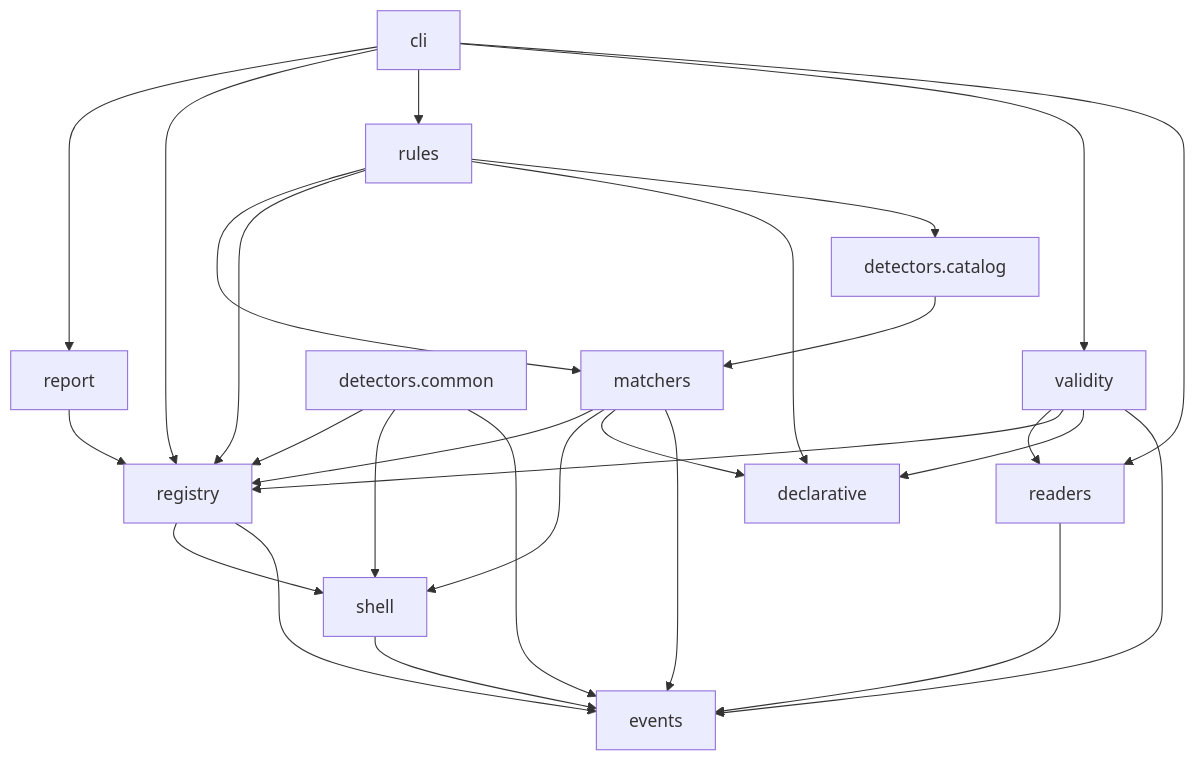
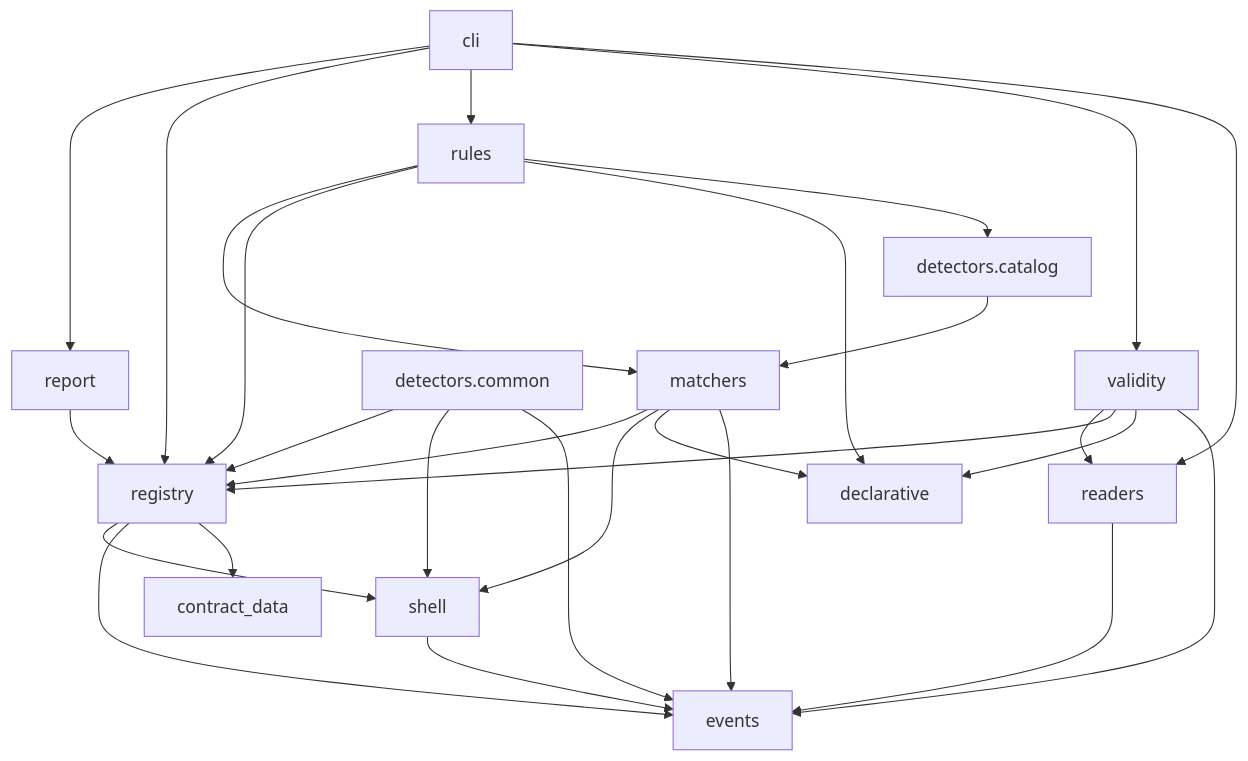
Before and after one commit to JakeSelby/ruleprobe: the second of 3 diagrams in _bmad-output/planning-artifacts/architecture-spines/architecture-ruleprobe-2026-09-23/ARCHITECTURE-SPINE.md, drawn with Mermaid. The commit also changed other lines of this file and 9 other files, not shown here.

````diff
--- a/_bmad-output/planning-artifacts/architecture-spines/architecture-ruleprobe-2026-09-23/ARCHITECTURE-SPINE.md
+++ b/_bmad-output/planning-artifacts/architecture-spines/architecture-ruleprobe-2026-09-23/ARCHITECTURE-SPINE.md
@@ -90,29 +90,30 @@
 ```mermaid
 flowchart TD
   cli --> report
   cli --> registry
   cli --> rules
   cli --> validity
   cli --> readers
   validity --> readers
   validity --> registry
   validity --> declarative
   validity --> events
   report --> registry
   rules --> matchers
   rules --> registry
   rules --> declarative
   rules --> detectors_catalog[detectors.catalog]
   detectors_catalog --> matchers
   matchers --> registry
   matchers --> shell
   matchers --> declarative
   matchers --> events
   detectors_common[detectors.common] --> registry
   detectors_common --> shell
   detectors_common --> events
   registry --> shell
   registry --> events
+  registry --> contract_data
   shell --> events
   readers --> events
 ```
````
